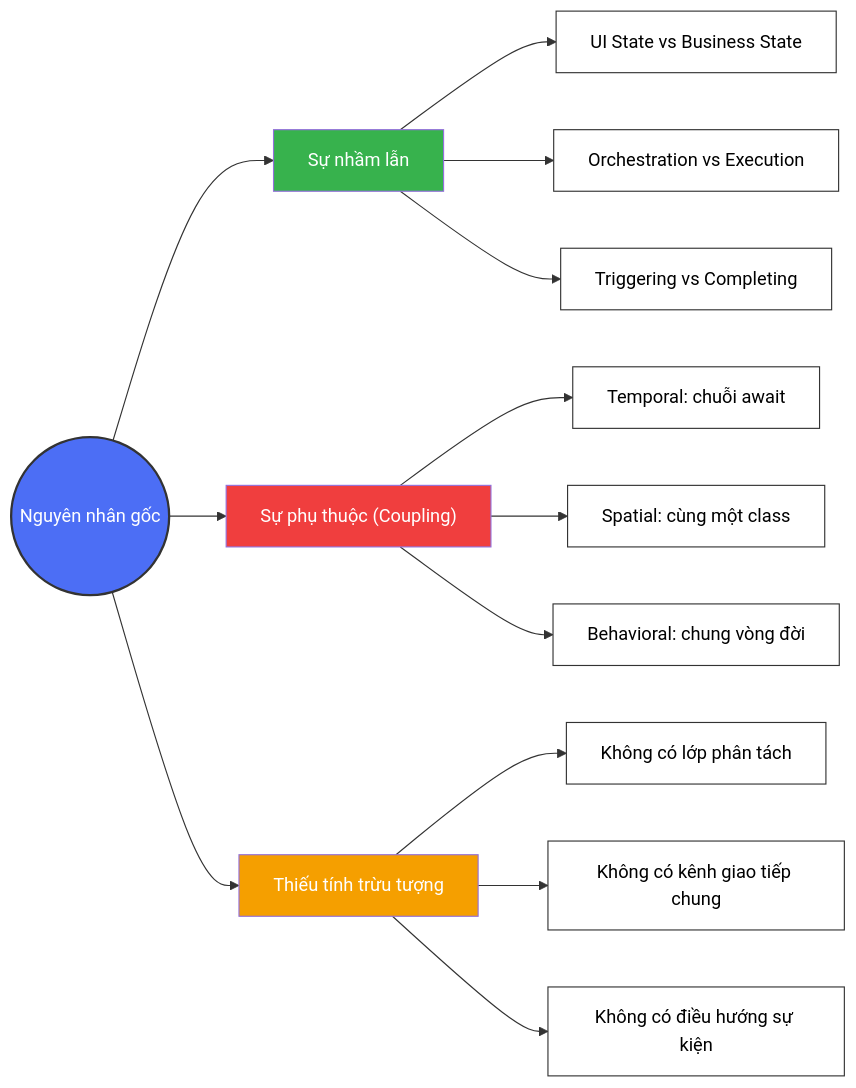
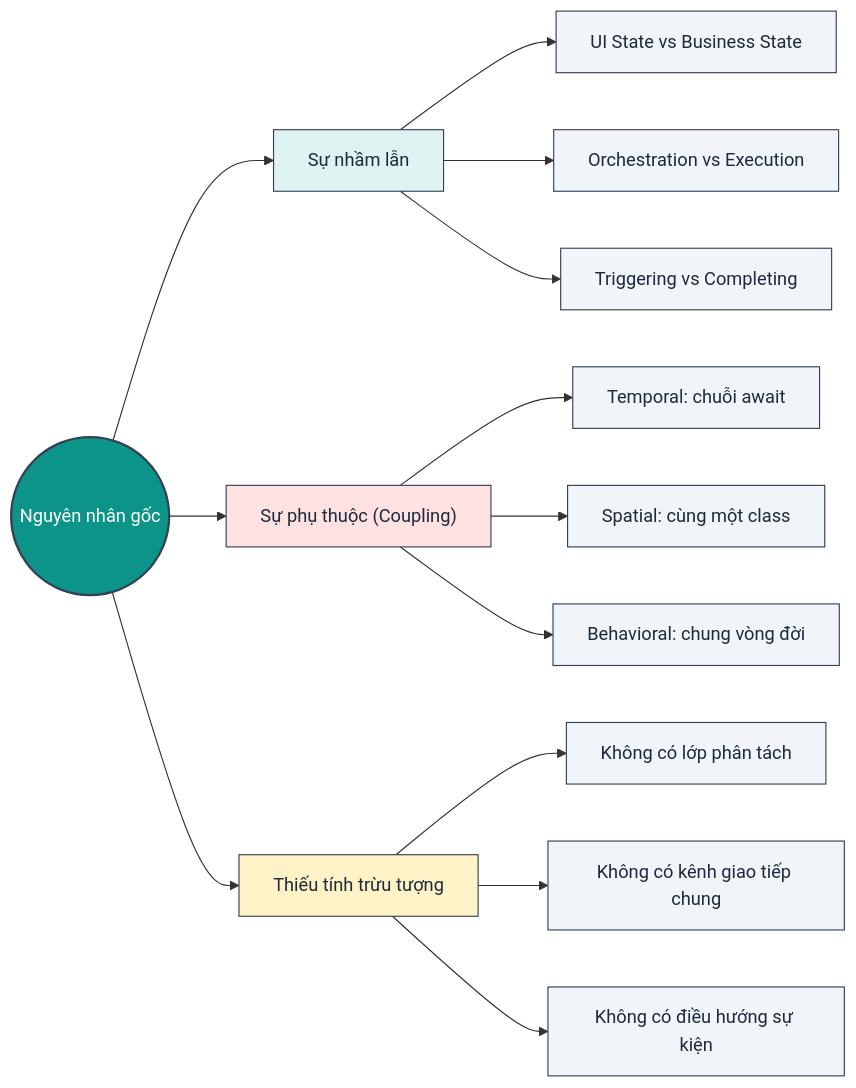
The fifth of 6 diagrams in book/vi/chapters/01_the_pain.md (lploc94/flutter_orchestrator), drawn with Mermaid before and after one commit. The commit also changed other lines of this file and 3 other files, not shown here.

````diff
--- a/book/vi/chapters/01_the_pain.md
+++ b/book/vi/chapters/01_the_pain.md
@@ -156,36 +191,36 @@
 ```mermaid
 graph LR
     Root((Nguyên nhân gốc))
     
     Root --> Confusion["Sự nhầm lẫn"]
     Confusion --> C1["UI State vs Business State"]
     Confusion --> C2["Orchestration vs Execution"]
     Confusion --> C3["Triggering vs Completing"]
     
     Root --> Coupling["Sự phụ thuộc (Coupling)"]
     Coupling --> Cp1["Temporal: chuỗi await"]
     Coupling --> Cp2["Spatial: cùng một class"]
     Coupling --> Cp3["Behavioral: chung vòng đời"]
     
     Root --> Missing["Thiếu tính trừu tượng"]
     Missing --> M1["Không có lớp phân tách"]
     Missing --> M2["Không có kênh giao tiếp chung"]
     Missing --> M3["Không có điều hướng sự kiện"]
     
-    style Root fill:#4c6ef5,stroke:#333,stroke-width:2px,color:#fff
-    style Confusion fill:#37b24d,color:#fff
-    style Coupling fill:#f03e3e,color:#fff
-    style Missing fill:#f59f00,color:#fff
+    style Root fill:#0d9488,stroke:#334155,stroke-width:2px,color:#ffffff
+    style Confusion fill:#e0f2f1,stroke:#334155,color:#1e293b
+    style Coupling fill:#fee2e2,stroke:#334155,color:#1e293b
+    style Missing fill:#fef3c7,stroke:#334155,color:#1e293b
     
-    style C1 fill:#fff,stroke:#333,color:#000
-    style C2 fill:#fff,stroke:#333,color:#000
-    style C3 fill:#fff,stroke:#333,color:#000
+    style C1 fill:#f1f5f9,stroke:#334155,color:#1e293b
+    style C2 fill:#f1f5f9,stroke:#334155,color:#1e293b
+    style C3 fill:#f1f5f9,stroke:#334155,color:#1e293b
     
-    style Cp1 fill:#fff,stroke:#333,color:#000
-    style Cp2 fill:#fff,stroke:#333,color:#000
-    style Cp3 fill:#fff,stroke:#333,color:#000
+    style Cp1 fill:#f1f5f9,stroke:#334155,color:#1e293b
+    style Cp2 fill:#f1f5f9,stroke:#334155,color:#1e293b
+    style Cp3 fill:#f1f5f9,stroke:#334155,color:#1e293b
     
-    style M1 fill:#fff,stroke:#333,color:#000
-    style M2 fill:#fff,stroke:#333,color:#000
-    style M3 fill:#fff,stroke:#333,color:#000
+    style M1 fill:#f1f5f9,stroke:#334155,color:#1e293b
+    style M2 fill:#f1f5f9,stroke:#334155,color:#1e293b
+    style M3 fill:#f1f5f9,stroke:#334155,color:#1e293b
 ```
````
